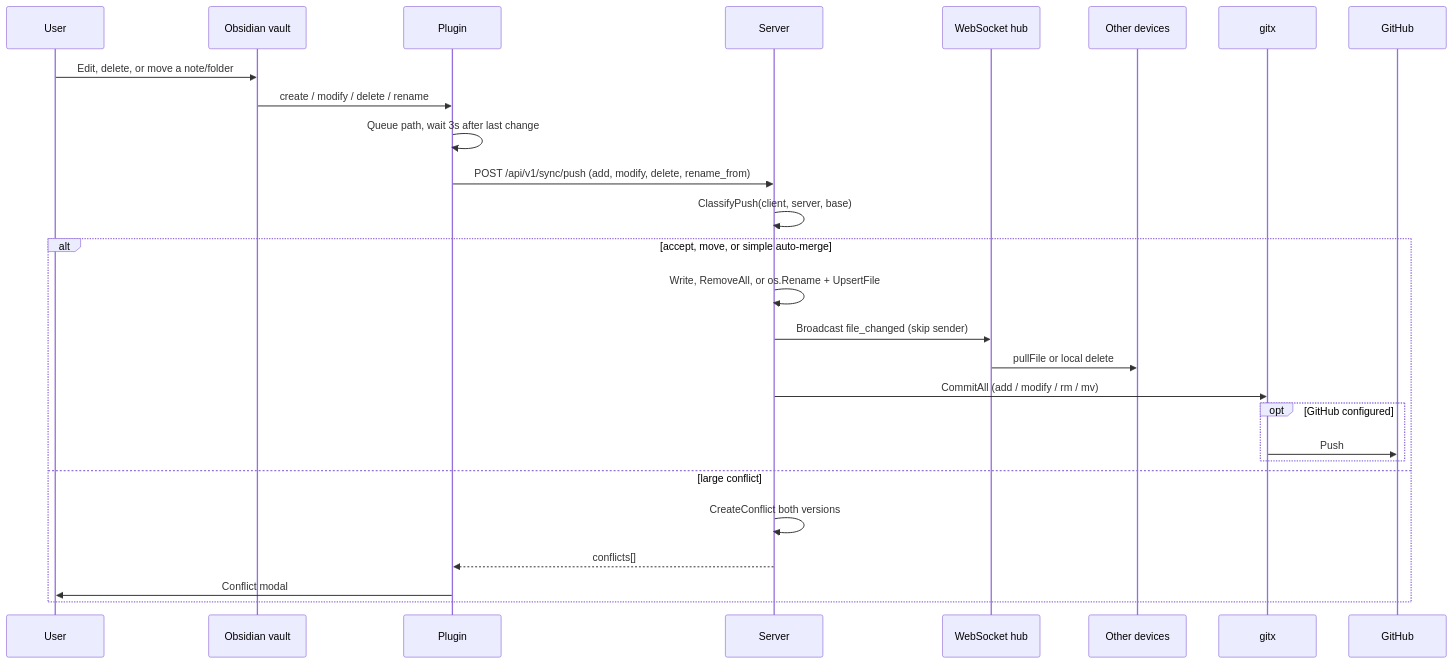
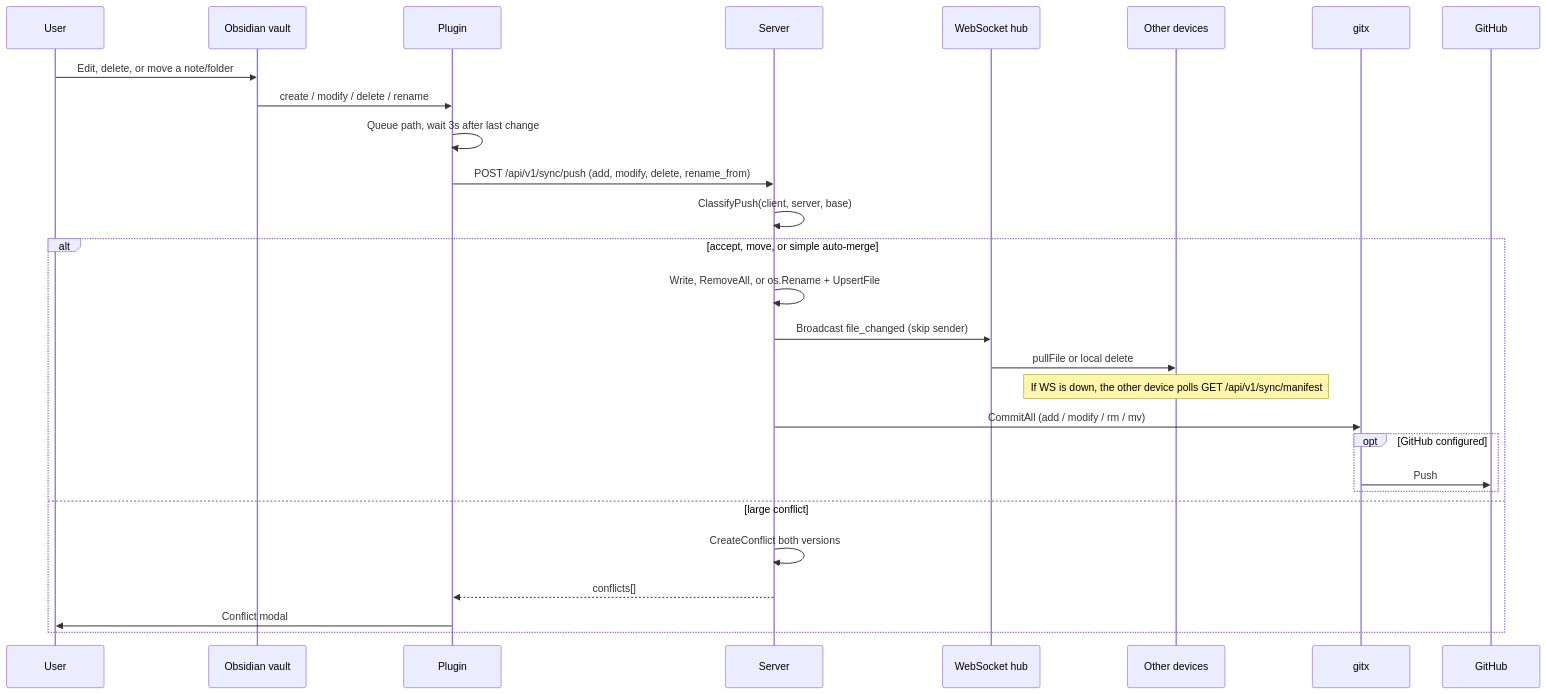
One commit to shangeethsivan/Syncidian changed the sixth of 13 diagrams in docs/architecture.md. Above: the diagram before and after it, drawn with Mermaid. The commit also changed other lines of this file and 2 other files, not shown here.

First line of the commit message:
Update architecture diagrams for mobile plugin transport

````diff
--- a/docs/architecture.md
+++ b/docs/architecture.md
@@ -206,30 +220,31 @@
 ```mermaid
 sequenceDiagram
   participant User
   participant Vault as Obsidian vault
   participant Plugin as Plugin
   participant API as Server
   participant Hub as WebSocket hub
   participant Other as Other devices
   participant Git as gitx
   participant GH as GitHub
 
   User->>Vault: Edit, delete, or move a note/folder
   Vault->>Plugin: create / modify / delete / rename
   Plugin->>Plugin: Queue path, wait 3s after last change
   Plugin->>API: POST /api/v1/sync/push (add, modify, delete, rename_from)
   API->>API: ClassifyPush(client, server, base)
   alt accept, move, or simple auto-merge
     API->>API: Write, RemoveAll, or os.Rename + UpsertFile
     API->>Hub: Broadcast file_changed (skip sender)
     Hub->>Other: pullFile or local delete
+    Note over Other: If WS is down, the other device polls GET /api/v1/sync/manifest
     API->>Git: CommitAll (add / modify / rm / mv)
     opt GitHub configured
       Git->>GH: Push
     end
   else large conflict
     API->>API: CreateConflict both versions
     API-->>Plugin: conflicts[]
     Plugin->>User: Conflict modal
   end
 ```
````
